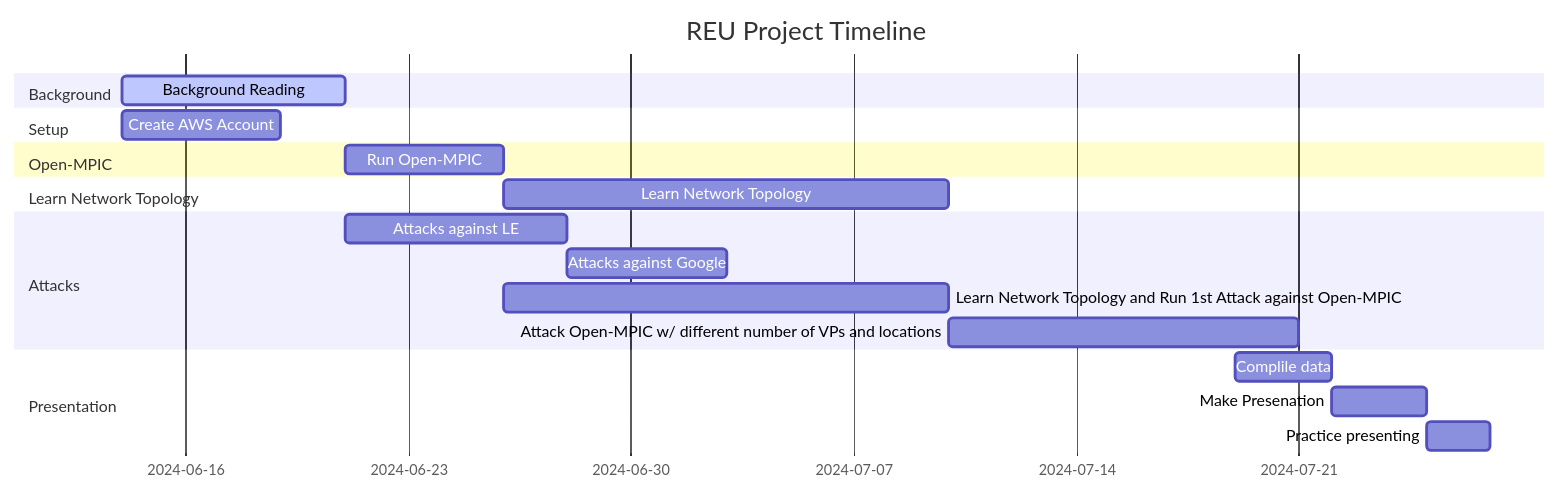
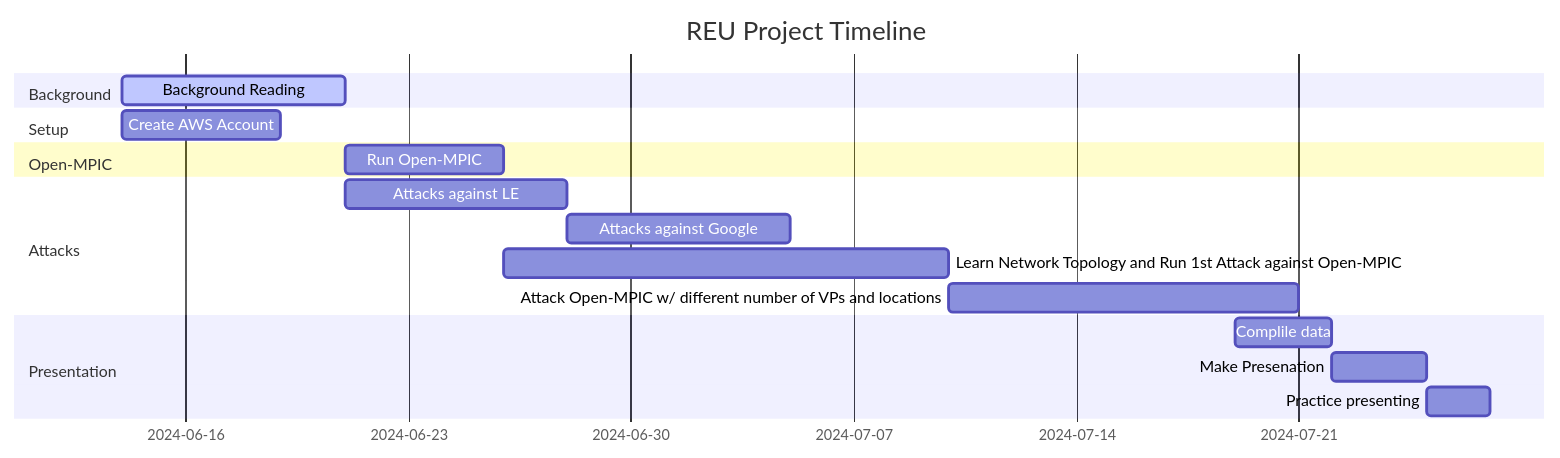
One commit to christine-guoo/Princeton-Intel-REU- changed the diagram in README.md. Above: the diagram before and after it, drawn with Mermaid.

````diff
--- a/README.md
+++ b/README.md
@@ -2,22 +2,20 @@
 ```mermaid
 gantt
 dateFormat  YYYY-MM-DD
 title REU Project Timeline
 section Background
     Background Reading: active, rev1, 2024-06-14, 1w
 section Setup
     Create AWS Account: aws-setup, 2024-06-14, 5d
 section Open-MPIC
     Run Open-MPIC: open-mpic, 2024-06-21, 5d
-section Learn Network Topology
-    Learn Network Topology: topology, 2024-06-26, 2w
 section Attacks
     Attacks against LE: le-attacks, 2024-06-21, 1w
-    Attacks against Google: after le-attacks, 5d
+    Attacks against Google: after le-attacks, 1w
     Learn Network Topology and Run 1st Attack against Open-MPIC: 2024-06-26, 2w
     Attack Open-MPIC w/ different number of VPs and locations: 2024-07-10, 1.5w
 section Presentation
     Complile data: data, 2024-07-19, 3d
     Make Presenation: slides, after data, 3d
     Practice presenting: after slides, 2d
 ```
````
